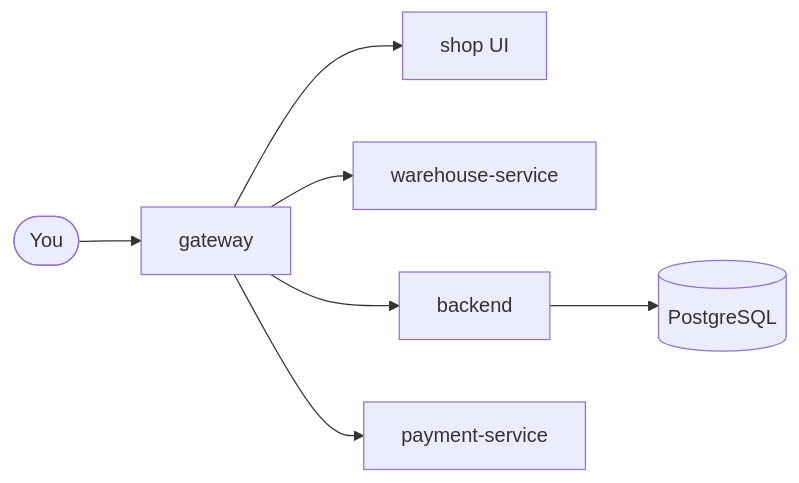
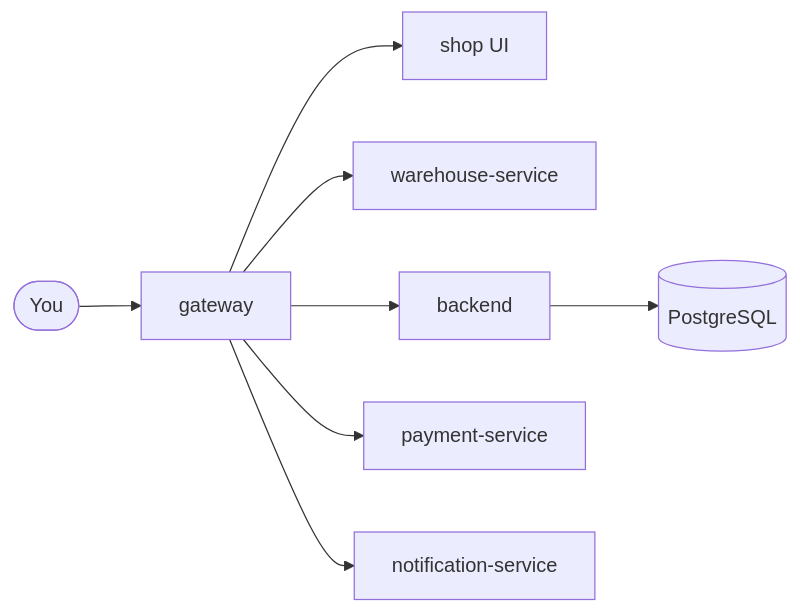
One commit to slawekradzyminski/awesome-localstack changed the diagram in docs-site/docs/index.md. Above: the diagram before and after it, drawn with Mermaid. The commit also changed other lines of this file and 32 other files, not shown here.

First line of the commit message:
Document notification-service, reservations and split shipments

````diff
--- a/docs-site/docs/index.md
+++ b/docs-site/docs/index.md
@@ -42,9 +42,10 @@
 ```mermaid
 flowchart LR
     U([You]) --> G[gateway]
     G --> F[shop UI]
     G --> W[warehouse-service]
     G --> B[backend]
     G --> P[payment-service]
+    G --> N[notification-service]
     B --> DB[(PostgreSQL)]
 ```
````
